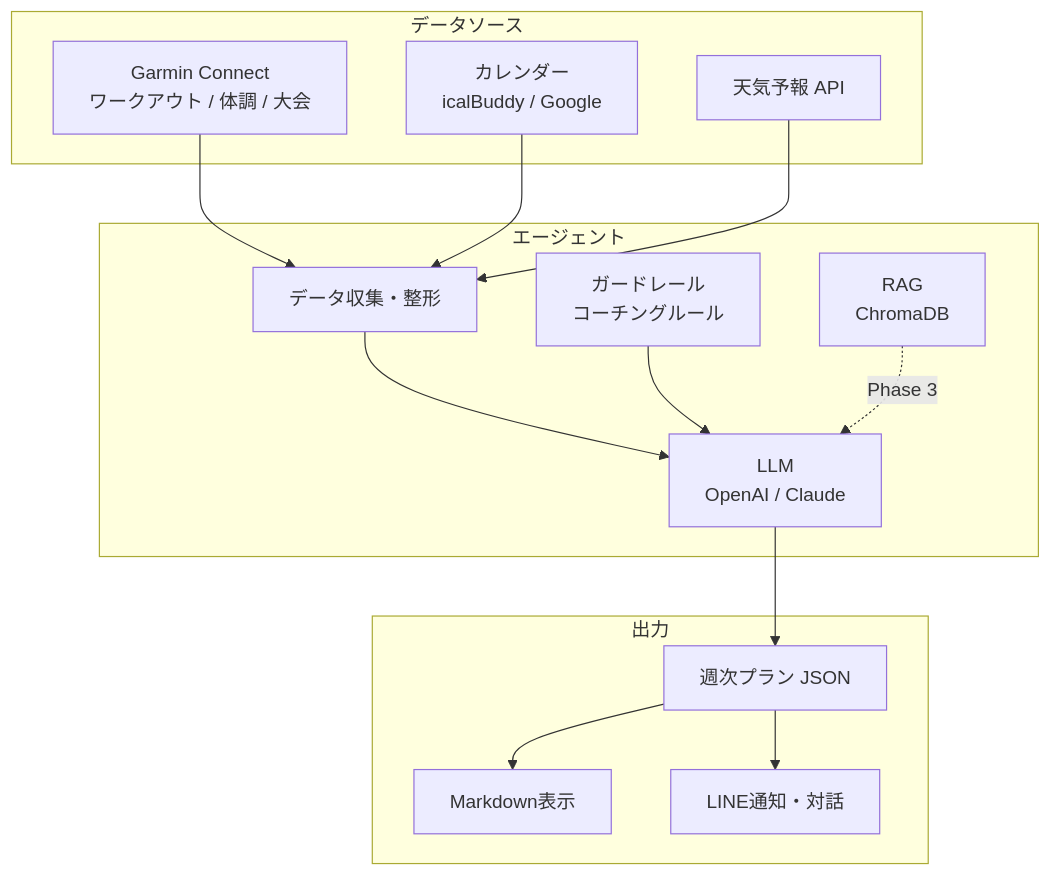
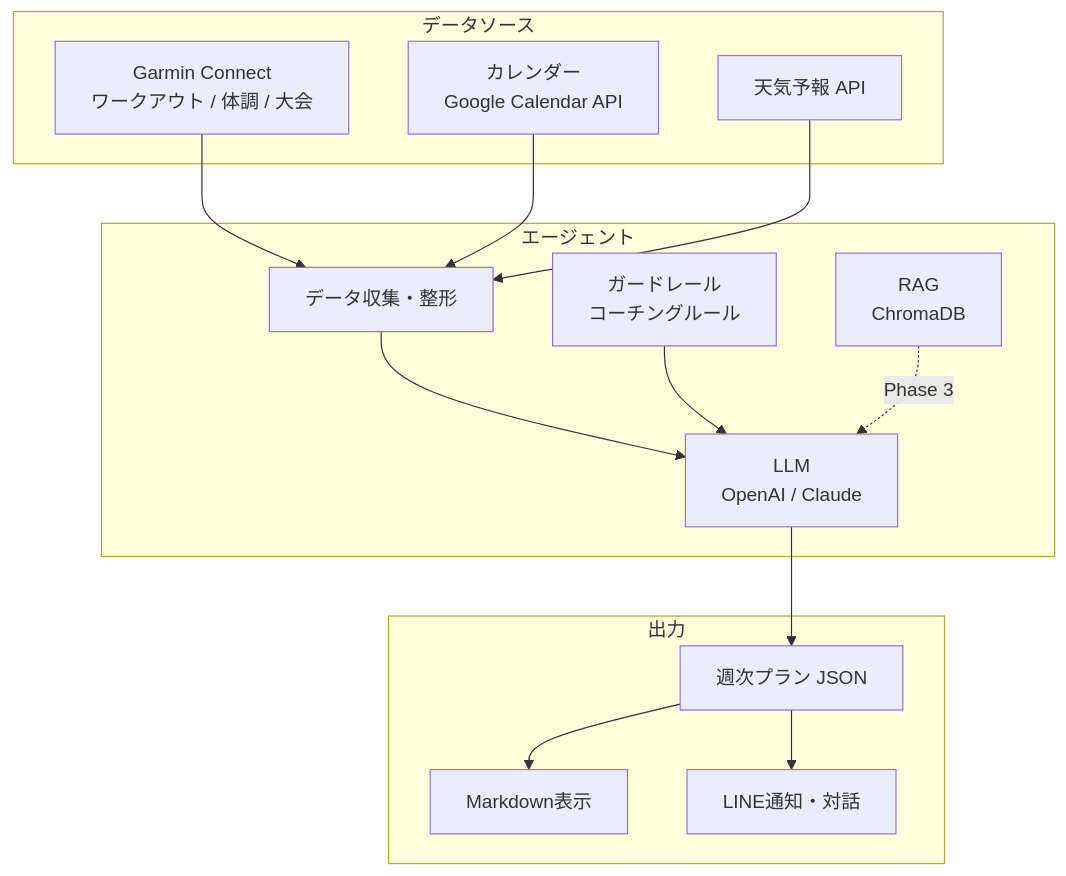
Before and after one commit to fuzztarou/run-coach: the first of 5 diagrams in DESIGN.md, drawn with Mermaid. The commit also changed other lines of this file and 15 other files, not shown here.

````diff
--- a/DESIGN.md
+++ b/DESIGN.md
@@ -24,31 +24,31 @@
 ```mermaid
 flowchart TB
     subgraph データソース
         G[Garmin Connect<br>ワークアウト / 体調 / 大会]
-        C[カレンダー<br>icalBuddy / Google]
+        C[カレンダー<br>Google Calendar API]
         W[天気予報 API]
     end
 
     subgraph エージェント
         F[データ収集・整形]
         GL[ガードレール<br>コーチングルール]
         LLM[LLM<br>OpenAI / Claude]
         RAG[RAG<br>ChromaDB]
     end
 
     subgraph 出力
         JSON[週次プラン JSON]
         MD[Markdown表示]
         LINE[LINE通知・対話]
     end
 
     G --> F
     C --> F
     W --> F
     F --> LLM
     GL --> LLM
     RAG -.->|Phase 3| LLM
     LLM --> JSON
     JSON --> MD
     JSON --> LINE
 ```
````
